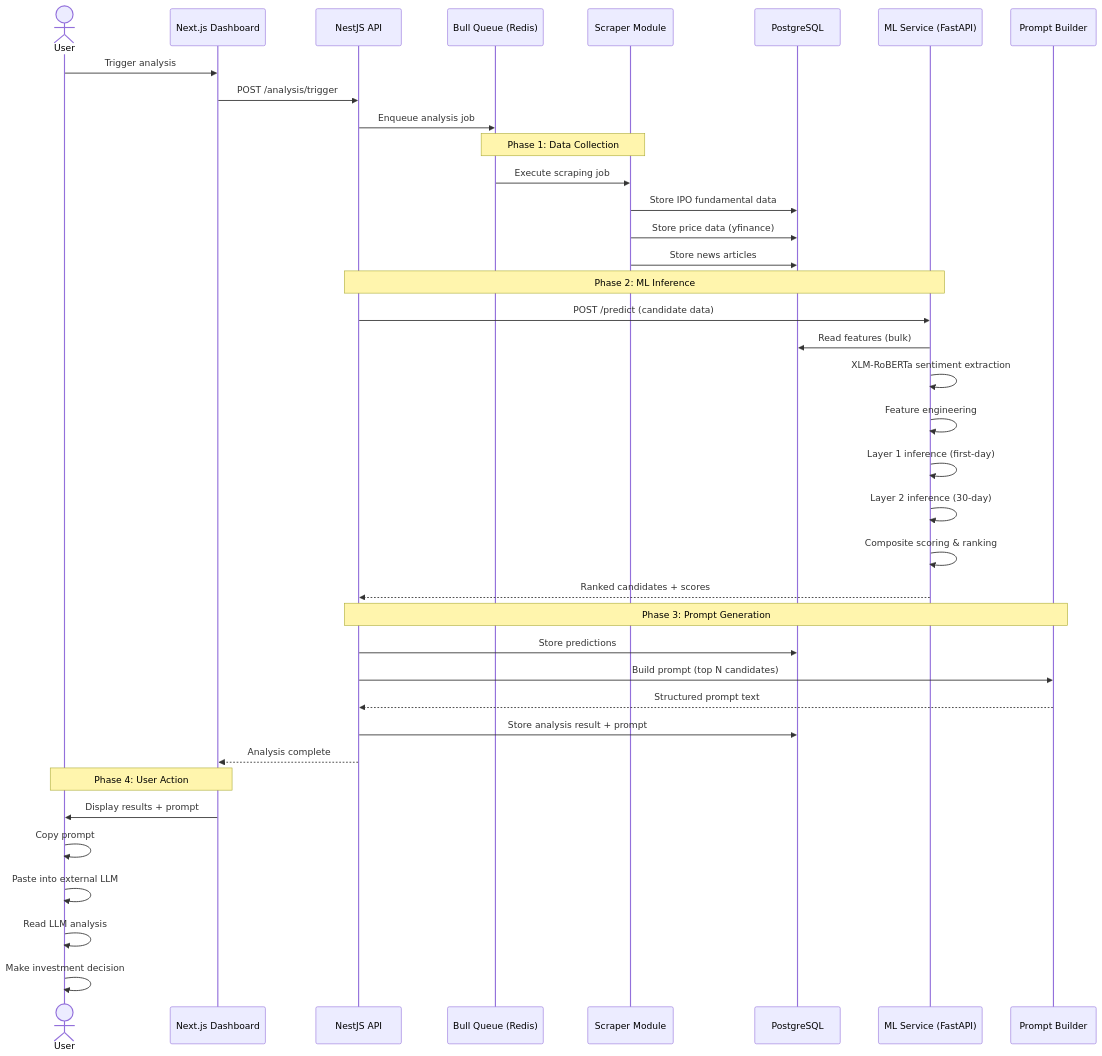
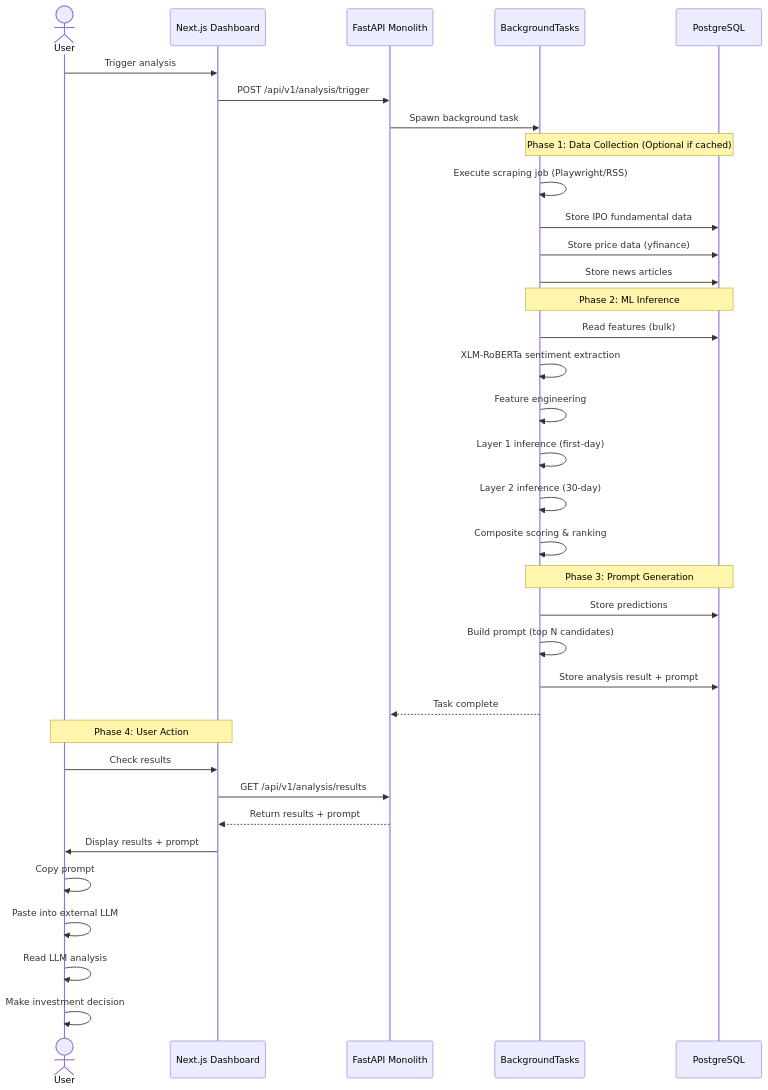
Before and after one commit to fatidaprilian/iporadar: the second of 3 diagrams in docs/flow-overview.md, drawn with Mermaid. The commit also changed other lines of this file and 90 other files, not shown here.

First line of the commit message:
Phase 2.5 + 3: FastAPI monolith migration, ML training pipeline, e2e smoke test

````diff
--- a/docs/flow-overview.md
+++ b/docs/flow-overview.md
@@ -86,46 +80,43 @@
 ```mermaid
 sequenceDiagram
     actor User
     participant Web as Next.js Dashboard
-    participant API as NestJS API
-    participant Queue as Bull Queue (Redis)
-    participant Scraper as Scraper Module
+    participant API as FastAPI Monolith
+    participant BG as BackgroundTasks
     participant PG as PostgreSQL
-    participant ML as ML Service (FastAPI)
-    participant PB as Prompt Builder
 
     User->>Web: Trigger analysis
-    Web->>API: POST /analysis/trigger
-    API->>Queue: Enqueue analysis job
+    Web->>API: POST /api/v1/analysis/trigger
+    API->>BG: Spawn background task
 
-    Note over Queue,Scraper: Phase 1: Data Collection
-    Queue->>Scraper: Execute scraping job
-    Scraper->>PG: Store IPO fundamental data
-    Scraper->>PG: Store price data (yfinance)
-    Scraper->>PG: Store news articles
+    Note over BG,PG: Phase 1: Data Collection (Optional if cached)
+    BG->>BG: Execute scraping job (Playwright/RSS)
+    BG->>PG: Store IPO fundamental data
+    BG->>PG: Store price data (yfinance)
+    BG->>PG: Store news articles
 
-    Note over API,ML: Phase 2: ML Inference
-    API->>ML: POST /predict (candidate data)
-    ML->>PG: Read features (bulk)
-    ML->>ML: XLM-RoBERTa sentiment extraction
-    ML->>ML: Feature engineering
-    ML->>ML: Layer 1 inference (first-day)
-    ML->>ML: Layer 2 inference (30-day)
-    ML->>ML: Composite scoring & ranking
-    ML-->>API: Ranked candidates + scores
+    Note over BG,PG: Phase 2: ML Inference
+    BG->>PG: Read features (bulk)
+    BG->>BG: XLM-RoBERTa sentiment extraction
+    BG->>BG: Feature engineering
+    BG->>BG: Layer 1 inference (first-day)
+    BG->>BG: Layer 2 inference (30-day)
+    BG->>BG: Composite scoring & ranking
 
-    Note over API,PB: Phase 3: Prompt Generation
-    API->>PG: Store predictions
-    API->>PB: Build prompt (top N candidates)
-    PB-->>API: Structured prompt text
+    Note over BG,PG: Phase 3: Prompt Generation
+    BG->>PG: Store predictions
+    BG->>BG: Build prompt (top N candidates)
 
-    API->>PG: Store analysis result + prompt
-    API-->>Web: Analysis complete
+    BG->>PG: Store analysis result + prompt
+    BG-->>API: Task complete
 
     Note over User,Web: Phase 4: User Action
+    User->>Web: Check results
+    Web->>API: GET /api/v1/analysis/results
+    API-->>Web: Return results + prompt
     Web->>User: Display results + prompt
     User->>User: Copy prompt
     User->>User: Paste into external LLM
     User->>User: Read LLM analysis
     User->>User: Make investment decision
 ```
````
